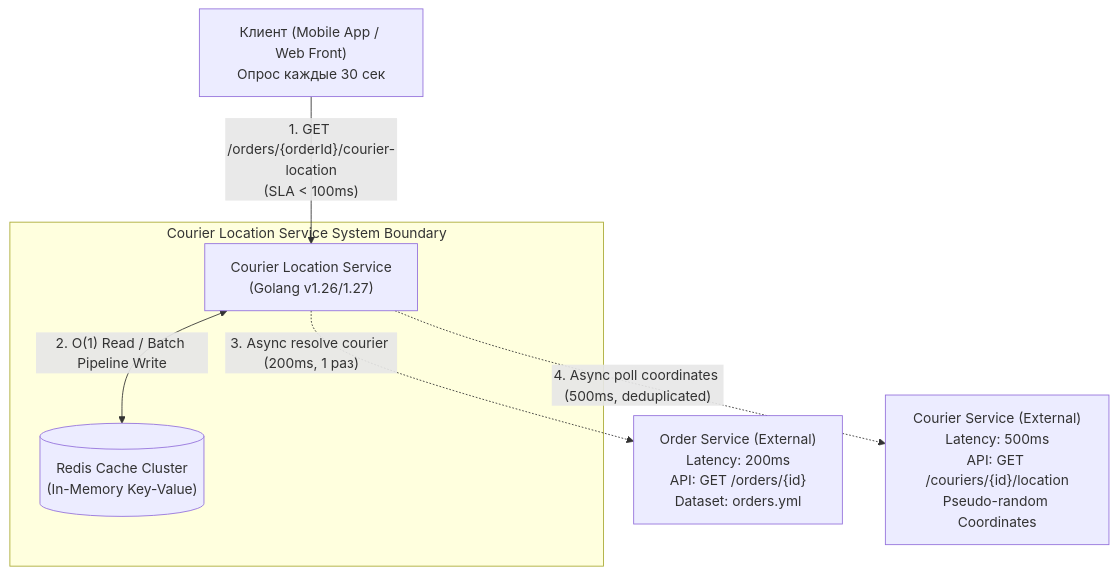
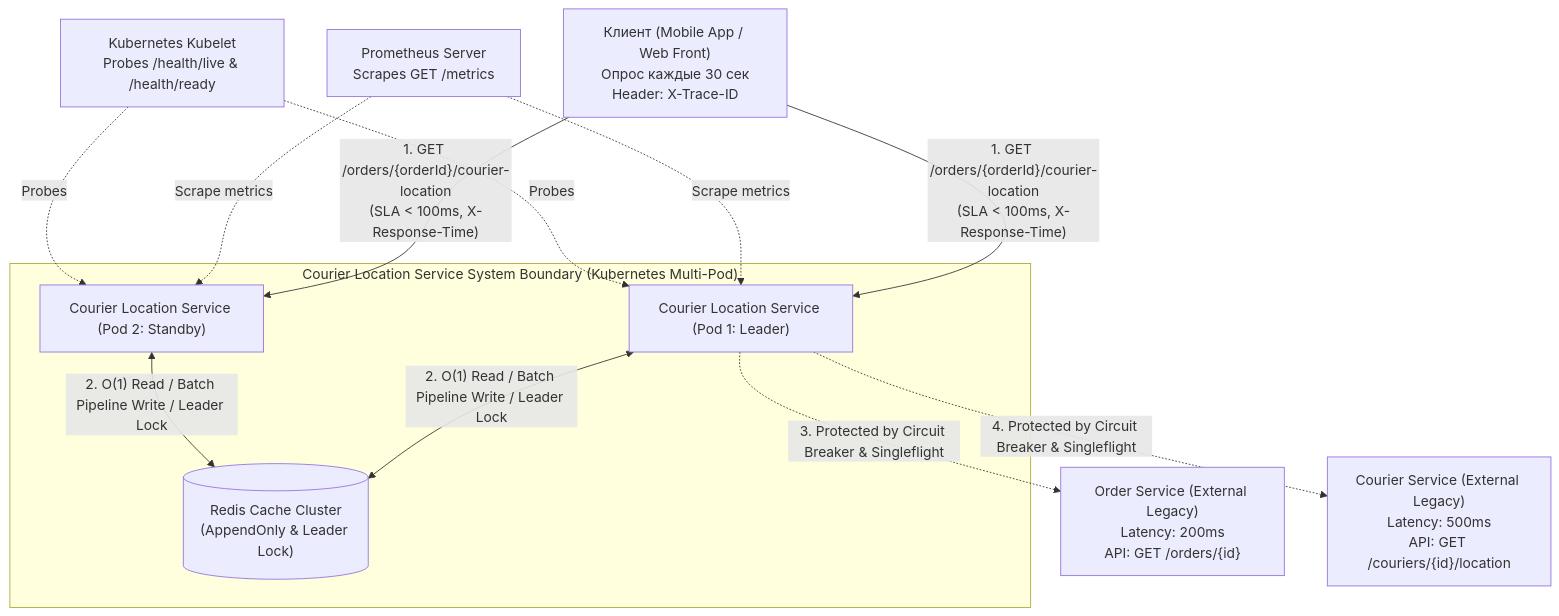
One commit to mioxin/redis_agy changed the first of 4 diagrams in docs/SYSTEM_DESIGN.md. Above: the diagram before and after it, drawn with Mermaid. The commit also changed other lines of this file and 33 other files, not shown here.

````diff
--- a/docs/SYSTEM_DESIGN.md
+++ b/docs/SYSTEM_DESIGN.md
@@ -39,17 +41,22 @@
 ```mermaid
 flowchart TD
-    Client["Клиент (Mobile App / Web Front)\nОпрос каждые 30 сек"]
+    Client["Клиент (Mobile App / Web Front)\nОпрос каждые 30 сек\nHeader: X-Trace-ID"]
+    Prometheus["Prometheus Server\nScrapes GET /metrics"]
+    K8sController["Kubernetes Kubelet\nProbes /health/live & /health/ready"]
     
-    subgraph SystemBoundary ["Courier Location Service System Boundary"]
-        CLS["Courier Location Service\n(Golang v1.26/1.27)"]
-        RedisStorage[("Redis Cache Cluster\n(In-Memory Key-Value)")]
+    subgraph SystemBoundary ["Courier Location Service System Boundary (Kubernetes Multi-Pod)"]
+        CLS1["Courier Location Service (Pod 1: Leader)"]
+        CLS2["Courier Location Service (Pod 2: Standby)"]
+        RedisStorage[("Redis Cache Cluster\n(AppendOnly & Leader Lock)")]
     end
     
-    OrderService["Order Service (External)\nLatency: 200ms\nAPI: GET /orders/{id}\nDataset: orders.yml"]
-    CourierService["Courier Service (External)\nLatency: 500ms\nAPI: GET /couriers/{id}/location\nPseudo-random Coordinates"]
+    OrderService["Order Service (External Legacy)\nLatency: 200ms\nAPI: GET /orders/{id}"]
+    CourierService["Courier Service (External Legacy)\nLatency: 500ms\nAPI: GET /couriers/{id}/location"]
 
-    Client -->|"1. GET /orders/{orderId}/courier-location\n(SLA < 100ms)"| CLS
-    CLS <-->|"2. O(1) Read / Batch Pipeline Write"| RedisStorage
-    CLS -.->|"3. Async resolve courier (200ms, 1 раз)"| OrderService
-    CLS -.->|"4. Async poll coordinates (500ms, deduplicated)"| CourierService
+    Client -->|"1. GET /orders/{orderId}/courier-location\n(SLA < 100ms, X-Response-Time)"| CLS1 & CLS2
+    Prometheus -.->|"Scrape metrics"| CLS1 & CLS2
+    K8sController -.->|"Probes"| CLS1 & CLS2
+    CLS1 & CLS2 <-->|"2. O(1) Read / Batch Pipeline Write / Leader Lock"| RedisStorage
+    CLS1 -.->|"3. Protected by Circuit Breaker & Singleflight"| OrderService
+    CLS1 -.->|"4. Protected by Circuit Breaker & Singleflight"| CourierService
 ```
````
